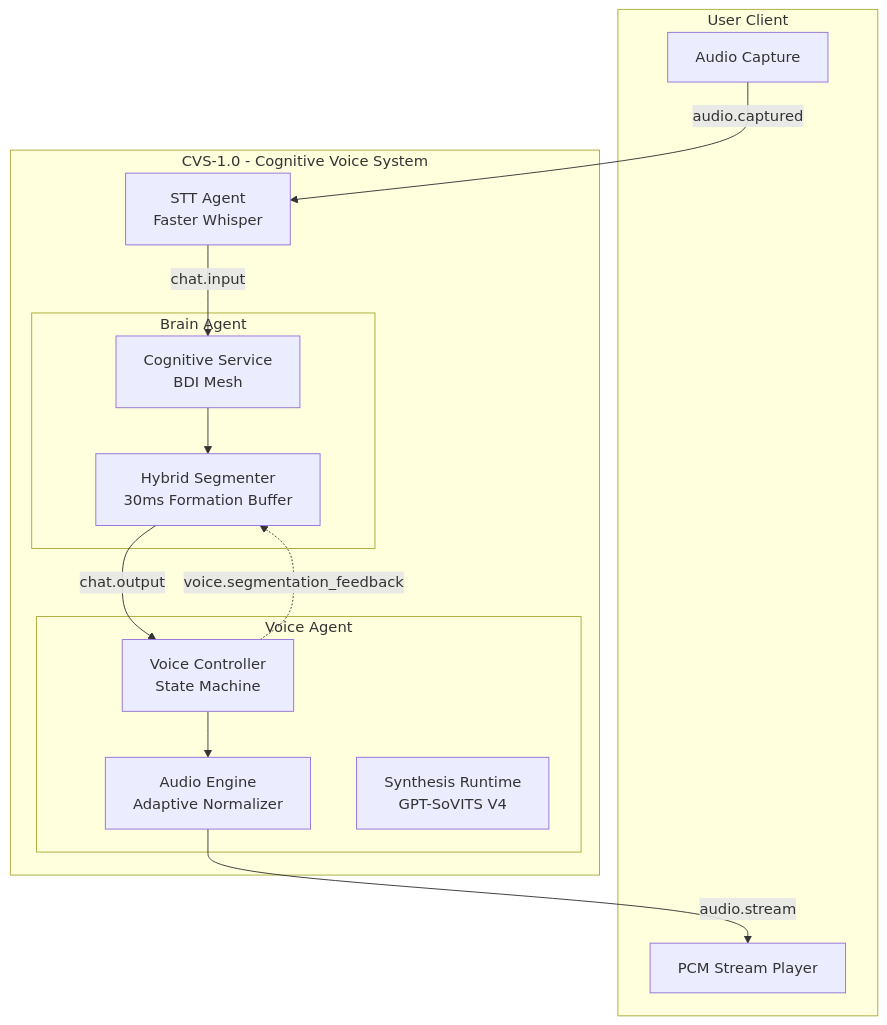
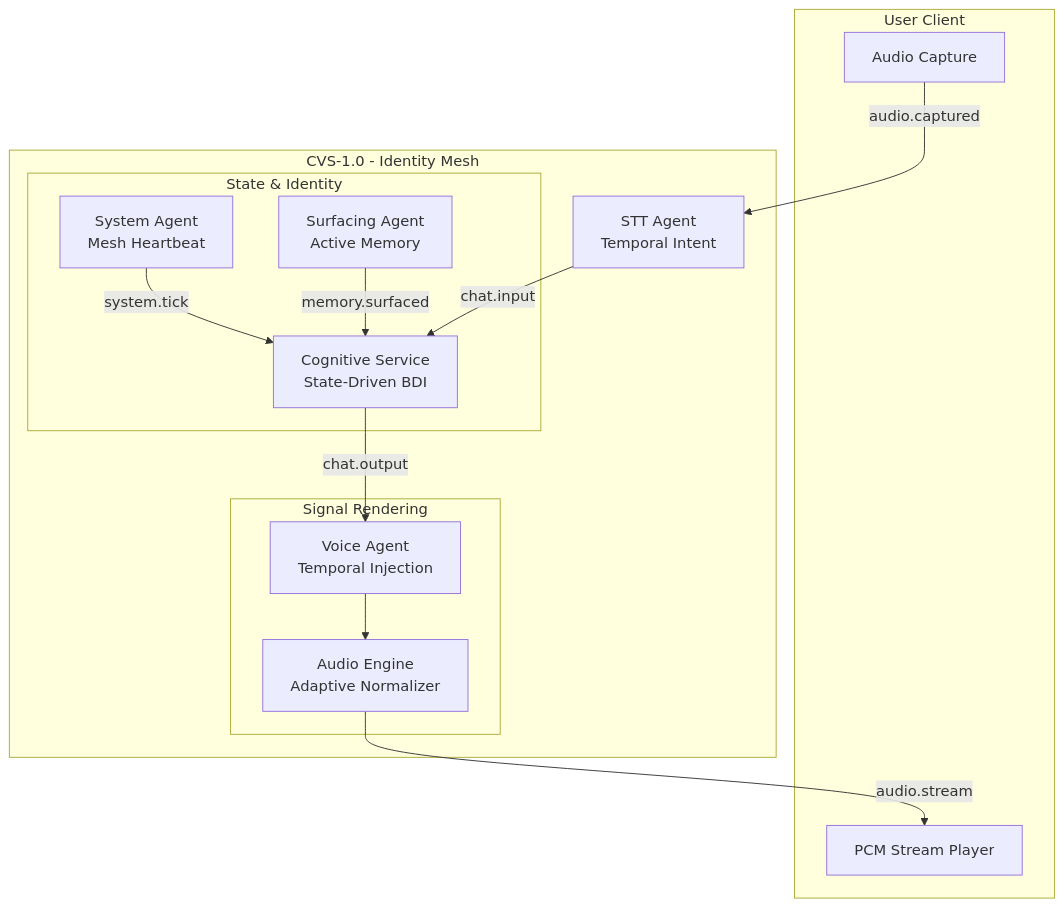
Before and after one commit to Aniket-a14/AI_friend: the diagram in docs/ARCHITECTURE.md, drawn with Mermaid. The commit also changed other lines of this file and 3 other files, not shown here.

Commit message:
docs: add architecture, latency optimization, and identity system documentation and update README

````diff
--- a/docs/ARCHITECTURE.md
+++ b/docs/ARCHITECTURE.md
@@ -48,31 +55,30 @@
 ```mermaid
 graph TB
     subgraph Client ["User Client"]
         MIC["Audio Capture"]
         PCM_PLAYER["PCM Stream Player"]
     end
 
-    subgraph CVS_Mesh ["CVS-1.0 - Cognitive Voice System"]
-        STT["STT Agent<br/>Faster Whisper"]
+    subgraph CVS_Mesh ["CVS-1.0 - Identity Mesh"]
+        STT["STT Agent<br/>Temporal Intent"]
         
-        subgraph Brain_Core ["Brain Agent"]
-            HYBRID_SEGMENTER["Hybrid Segmenter<br/>30ms Formation Buffer"]
-            DECISION["Cognitive Service<br/>BDI Mesh"]
+        subgraph Brain_Core ["State & Identity"]
+            SYSTEM_TICK["System Agent<br/>Mesh Heartbeat"]
+            SURFACING["Surfacing Agent<br/>Active Memory"]
+            DECISION["Cognitive Service<br/>State-Driven BDI"]
         end
 
-        subgraph Voice_Core ["Voice Agent"]
-            VOICE_CONTROLLER["Voice Controller<br/>State Machine"]
+        subgraph Voice_Core ["Signal Rendering"]
+            VOICE_CONTROLLER["Voice Agent<br/>Temporal Injection"]
             AUDIO_ENGINE["Audio Engine<br/>Adaptive Normalizer"]
-            SYTHESIZER["Synthesis Runtime<br/>GPT-SoVITS V4"]
         end
     end
 
     MIC -->|audio.captured| STT
     STT -->|chat.input| DECISION
-    DECISION --> HYBRID_SEGMENTER
-    HYBRID_SEGMENTER -->|chat.output| VOICE_CONTROLLER
+    SYSTEM_TICK -->|system.tick| DECISION
+    SURFACING -->|memory.surfaced| DECISION
+    DECISION -->|chat.output| VOICE_CONTROLLER
     VOICE_CONTROLLER --> AUDIO_ENGINE
     AUDIO_ENGINE -->|audio.stream| PCM_PLAYER
-    
-    VOICE_CONTROLLER -.->|voice.segmentation_feedback| HYBRID_SEGMENTER
 ```
````
